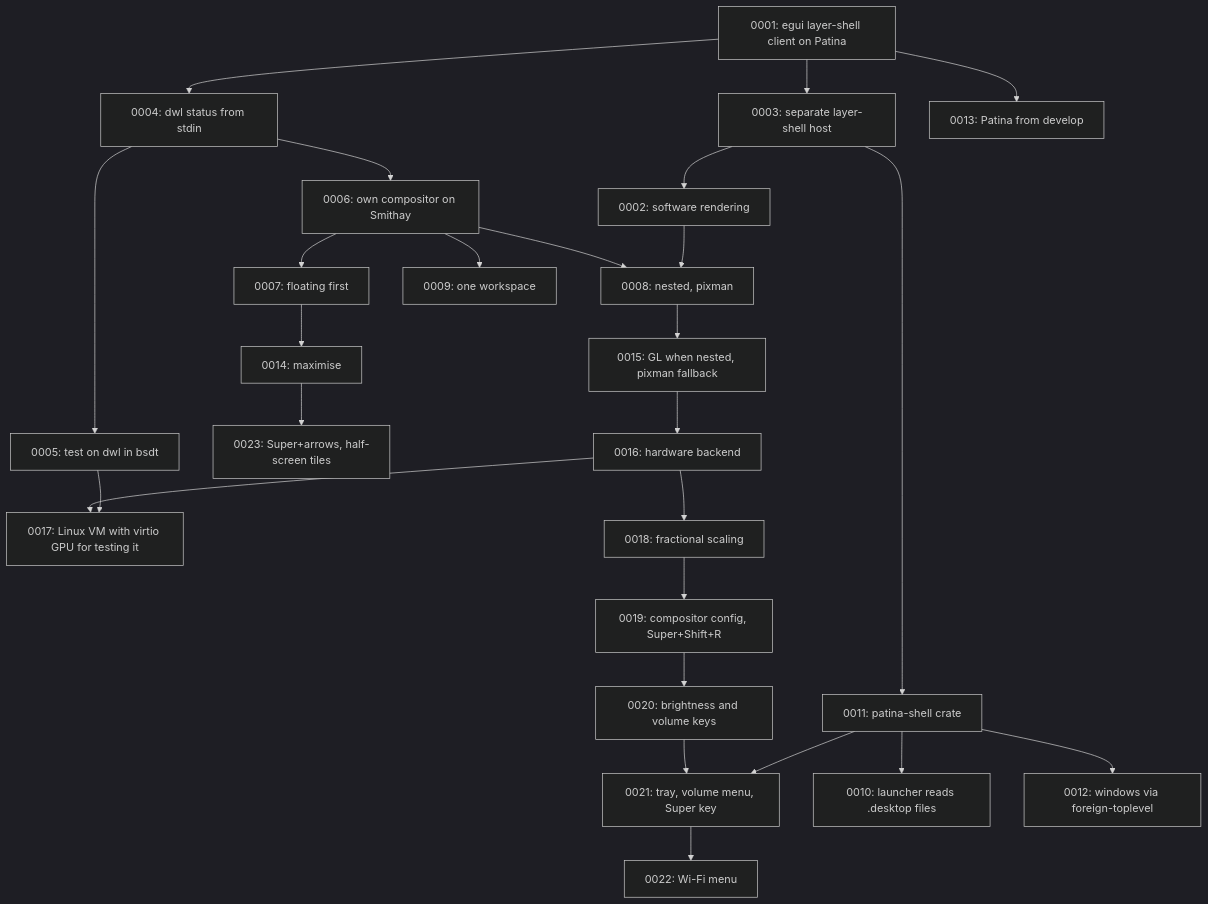
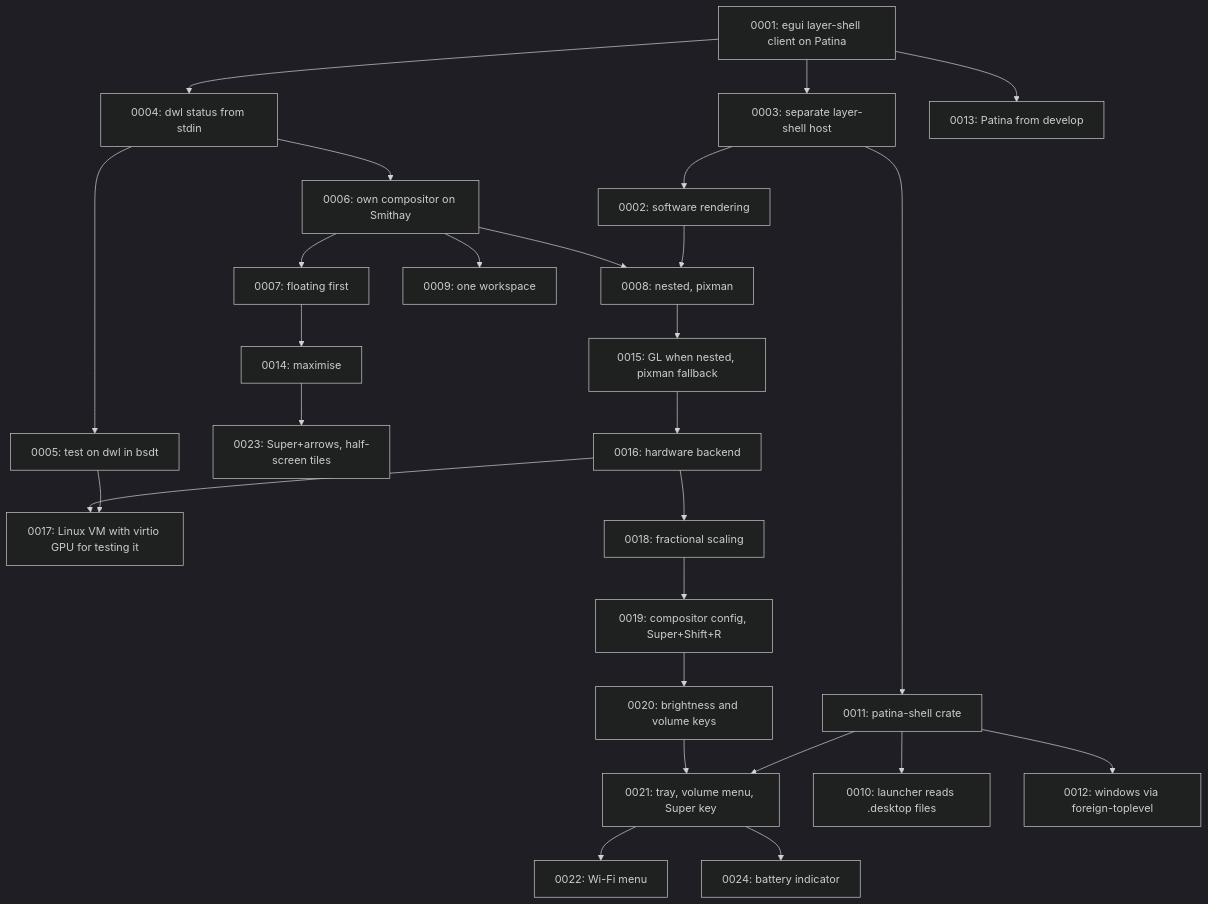
The diagram in docs/adr/README.md (Sector-F-Labs/patina-desktop), drawn with Mermaid (dark theme) before and after one commit. The commit also changed other lines of this file and 12 other files, not shown here.

First line of the commit message:
A battery indicator in the tray

````diff
--- a/docs/adr/README.md
+++ b/docs/adr/README.md
@@ -71,28 +72,29 @@
 ```mermaid
 flowchart TD
     A[0001: egui layer-shell client on Patina] --> B[0003: separate layer-shell host]
     B --> C[0002: software rendering]
     A --> D[0004: dwl status from stdin]
     D --> E[0005: test on dwl in bsdt]
     D --> F[0006: own compositor on Smithay]
     F --> G[0007: floating first]
     G --> N[0014: maximise]
     N --> W[0023: Super+arrows, half-screen tiles]
     F --> H[0008: nested, pixman]
     H --> O[0015: GL when nested, pixman fallback]
     O --> P[0016: hardware backend]
     P --> Q[0017: Linux VM with virtio GPU for testing it]
     P --> R[0018: fractional scaling]
     R --> S[0019: compositor config, Super+Shift+R]
     S --> T[0020: brightness and volume keys]
     T --> U[0021: tray, volume menu, Super key]
     U --> V[0022: Wi-Fi menu]
+    U --> X[0024: battery indicator]
     K --> U
     E --> Q
     C --> H
     F --> I[0009: one workspace]
     B --> K[0011: patina-shell crate]
     K --> J[0010: launcher reads .desktop files]
     K --> L[0012: windows via foreign-toplevel]
     A --> M[0013: Patina from develop]
 ```
````
